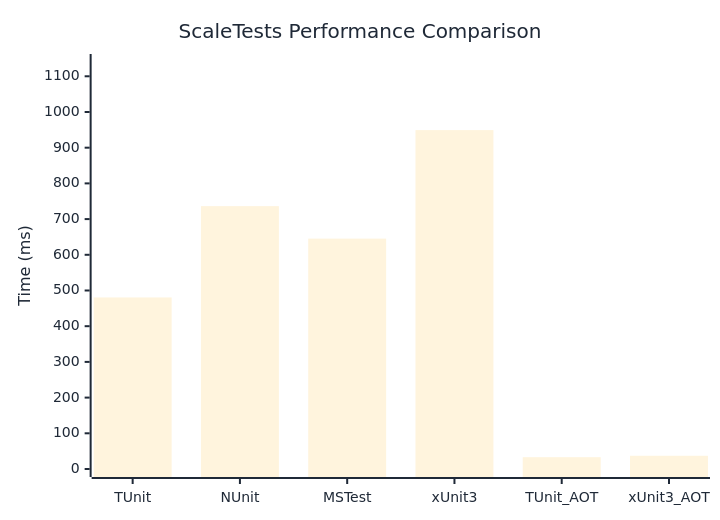
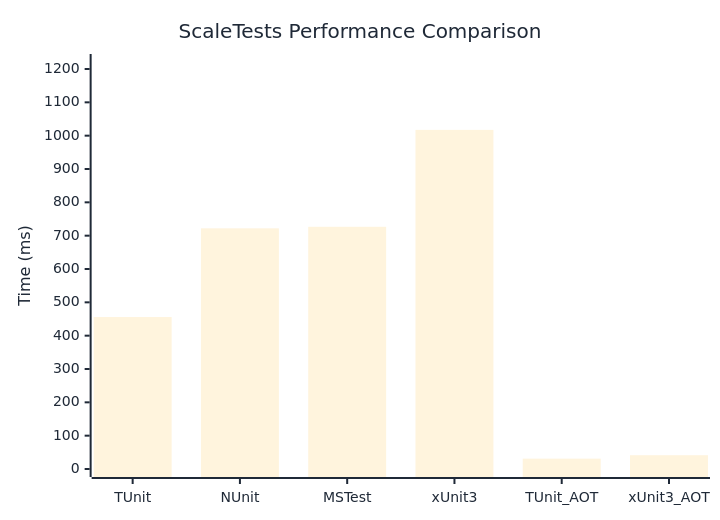
Before and after one commit to thomhurst/TUnit: the diagram in docs/docs/benchmarks/engine/ScaleTests.md, drawn with Mermaid. The commit also changed other lines of this file and 18 other files, not shown here.

````diff
--- a/docs/docs/benchmarks/engine/ScaleTests.md
+++ b/docs/docs/benchmarks/engine/ScaleTests.md
@@ -30,37 +30,37 @@
 ```mermaid
 %%{init: {
   'theme':'base',
   'themeVariables': {
     'primaryColor': '#2563eb',
     'primaryTextColor': '#1f2937',
     'primaryBorderColor': '#1e40af',
     'lineColor': '#6b7280',
     'secondaryColor': '#7c3aed',
     'tertiaryColor': '#dc2626',
     'background': '#ffffff',
     'mainBkg': '#2563eb',
     'secondBkg': '#7c3aed',
     'tertiaryBkg': '#dc2626',
     'clusterBkg': '#f3f4f6',
     'edgeLabelBackground': '#ffffff',
     'tertiaryTextColor': '#1f2937',
     'pie1': '#2563eb',
     'pie2': '#7c3aed',
     'pie3': '#dc2626',
     'pie4': '#f59e0b',
     'pie5': '#10b981',
     'pie6': '#06b6d4',
     'pie7': '#ec4899',
     'pie8': '#6366f1',
     'pie9': '#84cc16',
     'pie10': '#f97316',
     'pie11': '#14b8a6',
     'pie12': '#a855f7'
   }
 }}%%
 xychart-beta
   title "ScaleTests Performance Comparison"
   x-axis ["TUnit", "NUnit", "MSTest", "xUnit3", "TUnit_AOT", "xUnit3_AOT"]
-  y-axis "Time (ms)" 0 --> 1140
-  bar [480.55, 736.26, 645.3, 949.2, 33.1, 37.08]
+  y-axis "Time (ms)" 0 --> 1221
+  bar [455.86, 721.99, 726.62, 1017.4, 31.1, 41.38]
 ```
````
